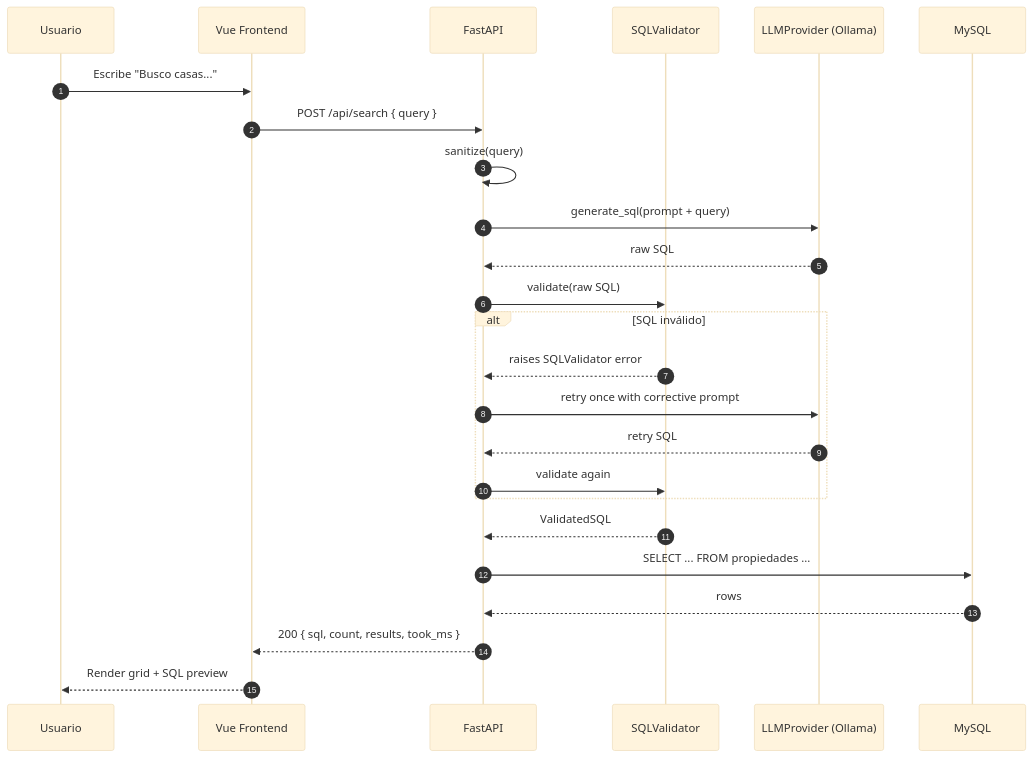
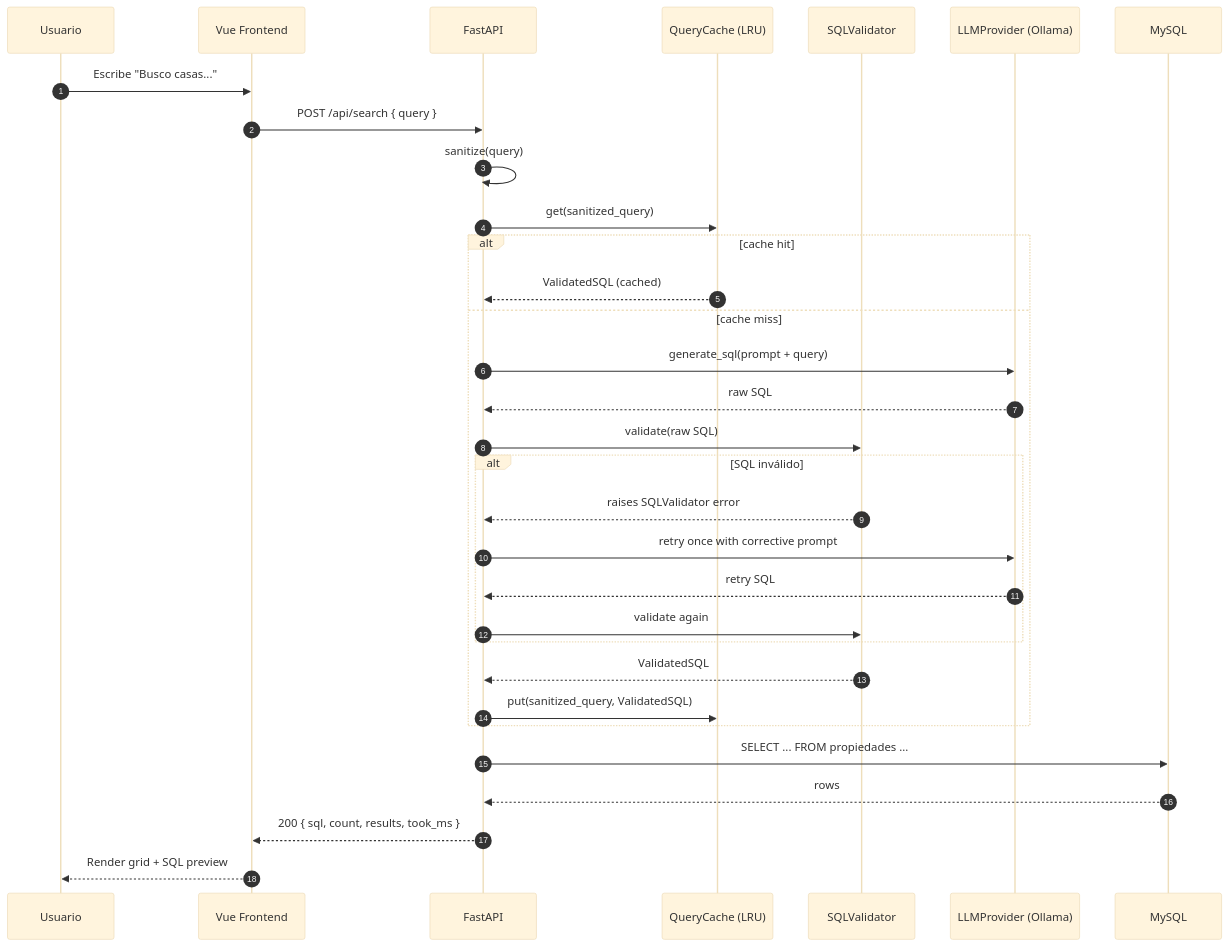
The diagram in backend-developer/docs/flows/search-flow.md (braianstaimer/proyecto-propiedades), drawn with Mermaid (base theme) before and after one commit. The commit also changed other lines of this file and 39 other files, not shown here.

````diff
--- a/backend-developer/docs/flows/search-flow.md
+++ b/backend-developer/docs/flows/search-flow.md
@@ -8,28 +8,35 @@
 ```mermaid
 sequenceDiagram
     autonumber
     participant U as Usuario
     participant FE as Vue Frontend
     participant API as FastAPI
+    participant C as QueryCache (LRU)
     participant V as SQLValidator
     participant L as LLMProvider (Ollama)
     participant DB as MySQL
 
     U->>FE: Escribe "Busco casas..."
     FE->>API: POST /api/search { query }
     API->>API: sanitize(query)
-    API->>L: generate_sql(prompt + query)
-    L-->>API: raw SQL
-    API->>V: validate(raw SQL)
-    alt SQL inválido
-        V-->>API: raises SQLValidator error
-        API->>L: retry once with corrective prompt
-        L-->>API: retry SQL
-        API->>V: validate again
+    API->>C: get(sanitized_query)
+    alt cache hit
+        C-->>API: ValidatedSQL (cached)
+    else cache miss
+        API->>L: generate_sql(prompt + query)
+        L-->>API: raw SQL
+        API->>V: validate(raw SQL)
+        alt SQL inválido
+            V-->>API: raises SQLValidator error
+            API->>L: retry once with corrective prompt
+            L-->>API: retry SQL
+            API->>V: validate again
+        end
+        V-->>API: ValidatedSQL
+        API->>C: put(sanitized_query, ValidatedSQL)
     end
-    V-->>API: ValidatedSQL
     API->>DB: SELECT ... FROM propiedades ...
     DB-->>API: rows
     API-->>FE: 200 { sql, count, results, took_ms }
     FE-->>U: Render grid + SQL preview
 ```
````
